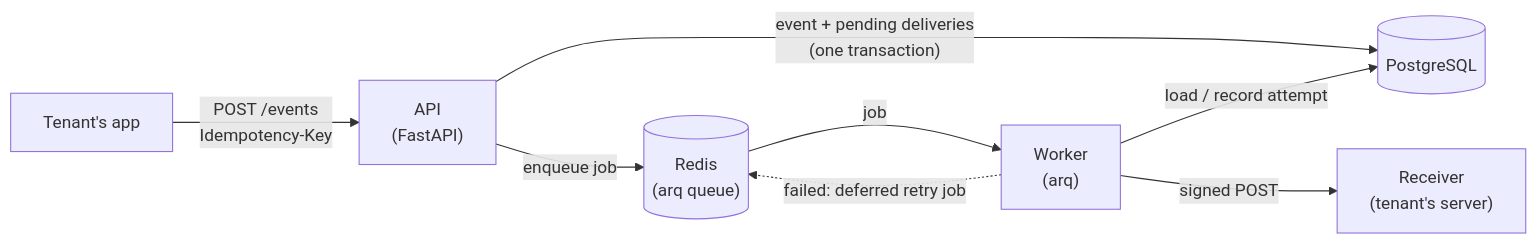
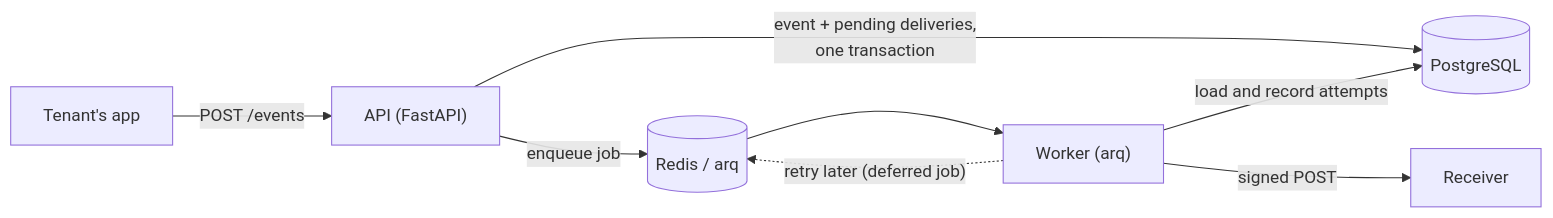
Before and after one commit to cellobeans/relay: the first of 2 diagrams in README.md, drawn with Mermaid. The commit also changed other lines of this file, not shown here.

````diff
--- a/README.md
+++ b/README.md
@@ -108,10 +74,10 @@
 ```mermaid
 flowchart LR
-    T["Tenant's app"] -- "POST /events<br/>Idempotency-Key" --> API["API<br/>(FastAPI)"]
-    API -- "event + pending deliveries<br/>(one transaction)" --> PG[("PostgreSQL")]
-    API -- "enqueue job" --> R[("Redis<br/>(arq queue)")]
-    R -- "job" --> W["Worker<br/>(arq)"]
-    W -- "load / record attempt" --> PG
-    W -- "signed POST" --> RX["Receiver<br/>(tenant's server)"]
-    W -. "failed: deferred retry job" .-> R
+    T["Tenant's app"] -- "POST /events" --> API["API (FastAPI)"]
+    API -- "event + pending deliveries,<br/>one transaction" --> PG[("PostgreSQL")]
+    API -- "enqueue job" --> R[("Redis / arq")]
+    R --> W["Worker (arq)"]
+    W -- "load and record attempts" --> PG
+    W -- "signed POST" --> RX["Receiver"]
+    W -. "retry later (deferred job)" .-> R
 ```
````
